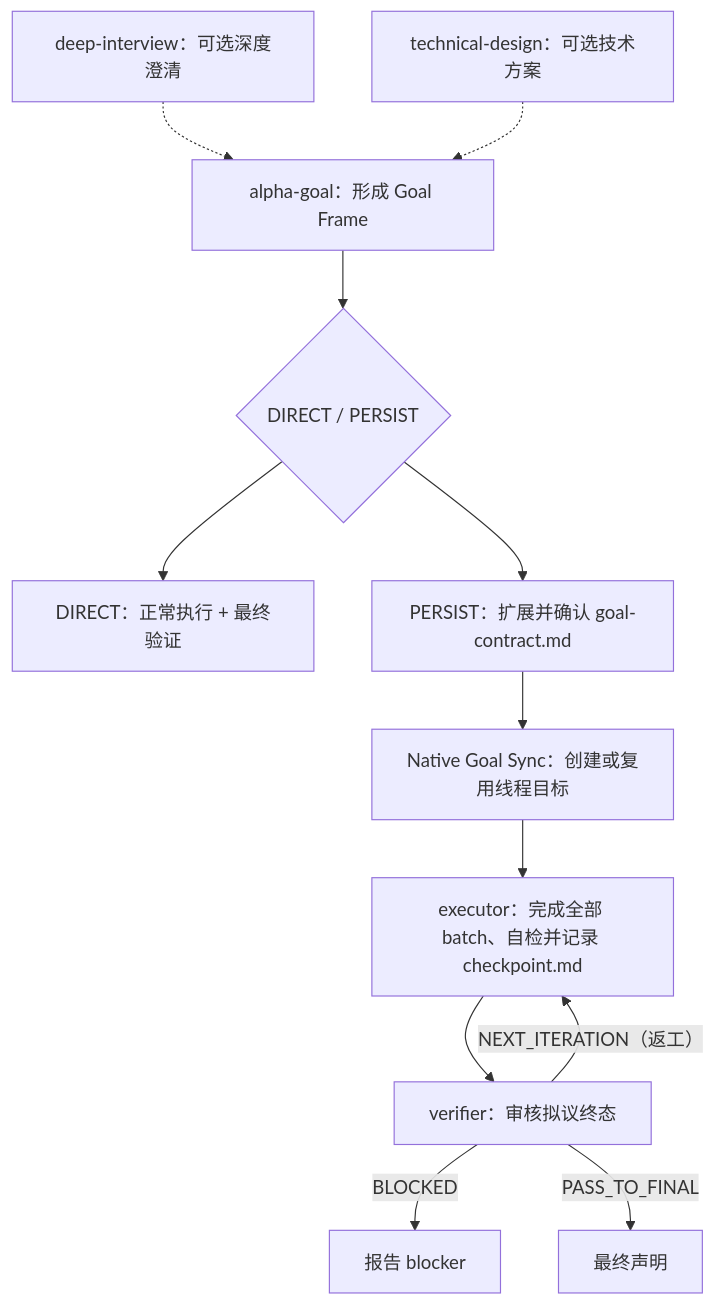
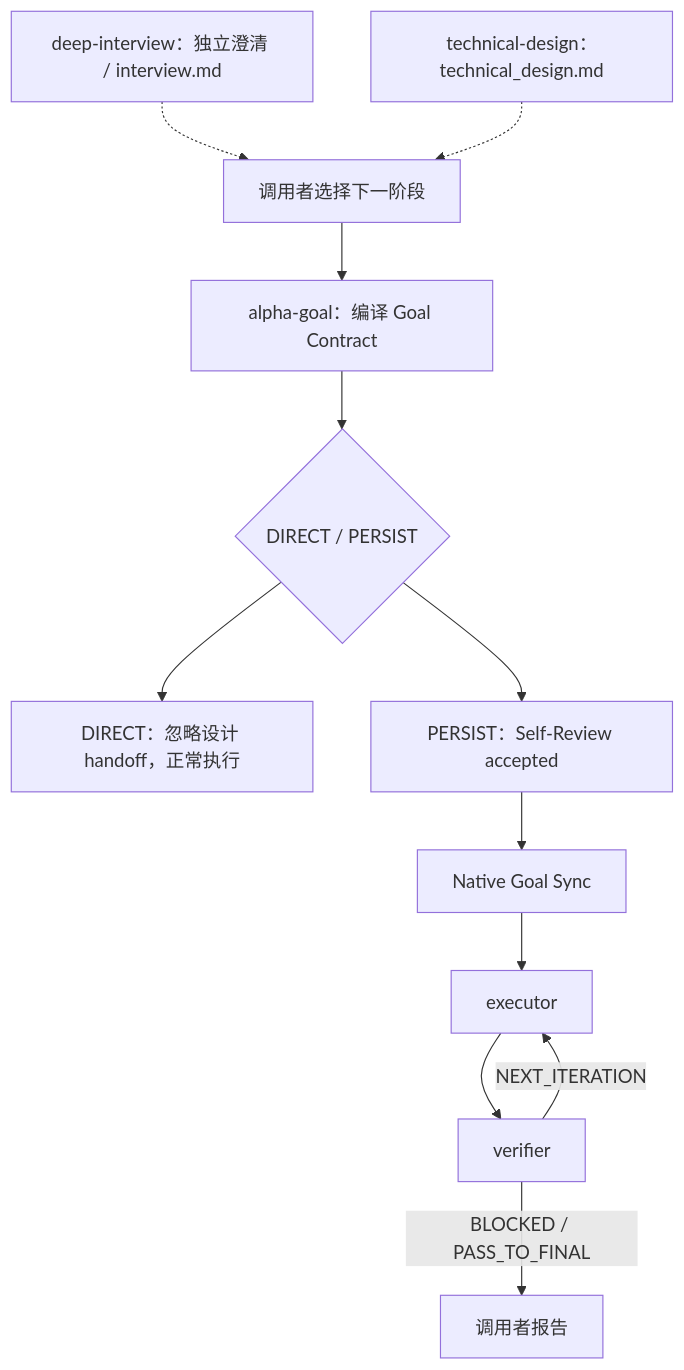
One commit to azhonglee/alpha-goal changed the diagram in README.md. Above: the diagram before and after it, drawn with Mermaid. The commit also changed other lines of this file and 21 other files, not shown here.

````diff
--- a/README.md
+++ b/README.md
@@ -42,14 +42,14 @@
 ```mermaid
 flowchart TD
-  I["deep-interview：可选深度澄清"] -.-> A["alpha-goal：形成 Goal Frame"]
-  T["technical-design：可选技术方案"] -.-> A
+  I["deep-interview：独立澄清 / interview.md"] -.-> C["调用者选择下一阶段"]
+  T["technical-design：technical_design.md"] -.-> C
+  C --> A["alpha-goal：编译 Goal Contract"]
   A --> R{"DIRECT / PERSIST"}
-  R --> D["DIRECT：正常执行 + 最终验证"]
-  R --> P["PERSIST：扩展并确认 goal-contract.md"]
-  P --> S["Native Goal Sync：创建或复用线程目标"]
-  S --> E["executor：完成全部 batch、自检并记录 checkpoint.md"]
-  E --> V["verifier：审核拟议终态"]
-  V -->|"NEXT_ITERATION（返工）"| E
-  V -->|"BLOCKED"| B["报告 blocker"]
-  V -->|"PASS_TO_FINAL"| F["最终声明"]
+  R --> D["DIRECT：忽略设计 handoff，正常执行"]
+  R --> P["PERSIST：Self-Review accepted"]
+  P --> S["Native Goal Sync"]
+  S --> E["executor"]
+  E --> V["verifier"]
+  V -->|"NEXT_ITERATION"| E
+  V -->|"BLOCKED / PASS_TO_FINAL"| F["调用者报告"]
 ```
````
